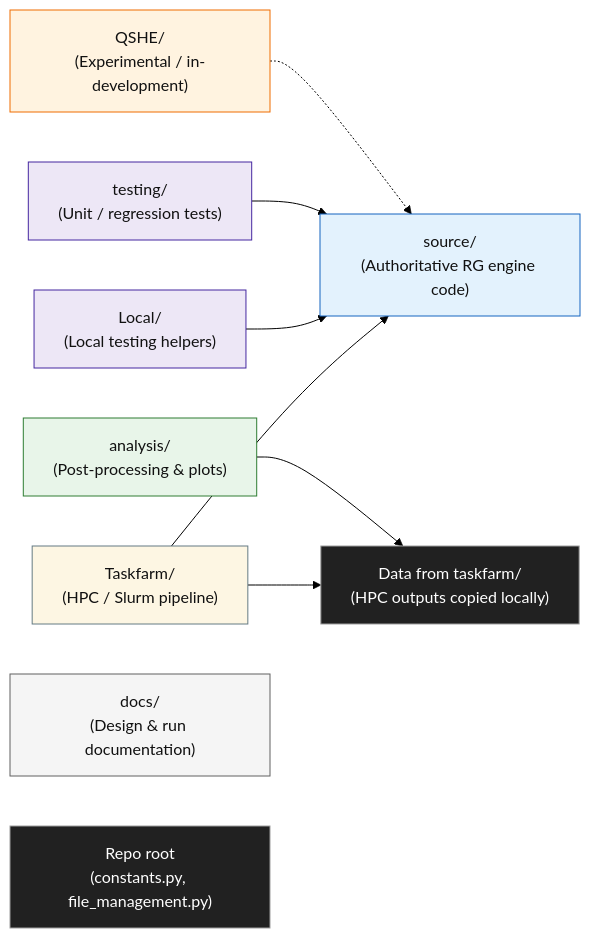
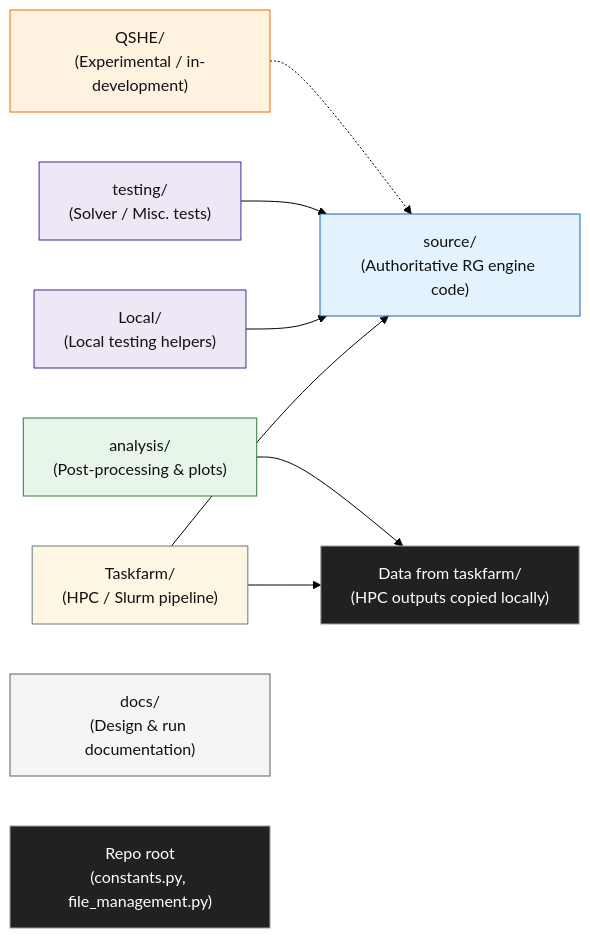
One commit to Sarkar-shreyas/PX402-RGCC changed the diagram in README.md. Above: the diagram before and after it, drawn with Mermaid (forest theme).

Commit message:
Edited mermaid figure

````diff
--- a/README.md
+++ b/README.md
@@ -8,45 +8,45 @@
 ```mermaid
 flowchart LR
 
 %% ---------- Nodes ----------
 TF["Taskfarm/<br/>(HPC / Slurm pipeline)"]
 SRC["source/<br/>(Authoritative RG engine code)"]
 LOC["Local/<br/>(Local testing helpers)"]
-TEST["testing/<br/>(Unit / regression tests)"]
+TEST["testing/<br/>(Solver / Misc. tests)"]
 ANA["analysis/<br/>(Post-processing & plots)"]
 DATA["Data from taskfarm/<br/>(HPC outputs copied locally)"]
 QSHE["QSHE/<br/>(Experimental / in-development)"]
 DOCS["docs/<br/>(Design & run documentation)"]
 ROOT["Repo root<br/>(constants.py, file_management.py)"]
 
 %% ---------- Flow ----------
 TF --> SRC
 TF --> DATA
 LOC --> SRC
 TEST --> SRC
 ANA --> DATA
 
 %% Optional: show QSHE as separate (no misleading dependency arrows)
 QSHE -.-> SRC
 
 %% ---------- Styling ----------
 classDef engine fill:#e3f2fd,stroke:#1565c0,color:#111;
 classDef hpc fill:#fdf6e3,stroke:#657b83,color:#111;
 classDef local fill:#ede7f6,stroke:#4527a0,color:#111;
 classDef analysis fill:#e8f5e9,stroke:#2e7d32,color:#111;
 classDef data fill:#212121,stroke:#9e9e9e,color:#fff;
 classDef docs fill:#f5f5f5,stroke:#616161,color:#111;
 classDef exp fill:#fff3e0,stroke:#ef6c00,color:#111;
 classDef root fill:#212121,stroke:#9e9e9e,color:#fff;
 
 class SRC engine
 class TF hpc
 class LOC local
 class TEST local
 class ANA analysis
 class DATA data
 class DOCS docs
 class QSHE exp
 class ROOT root
 
 ```
````
